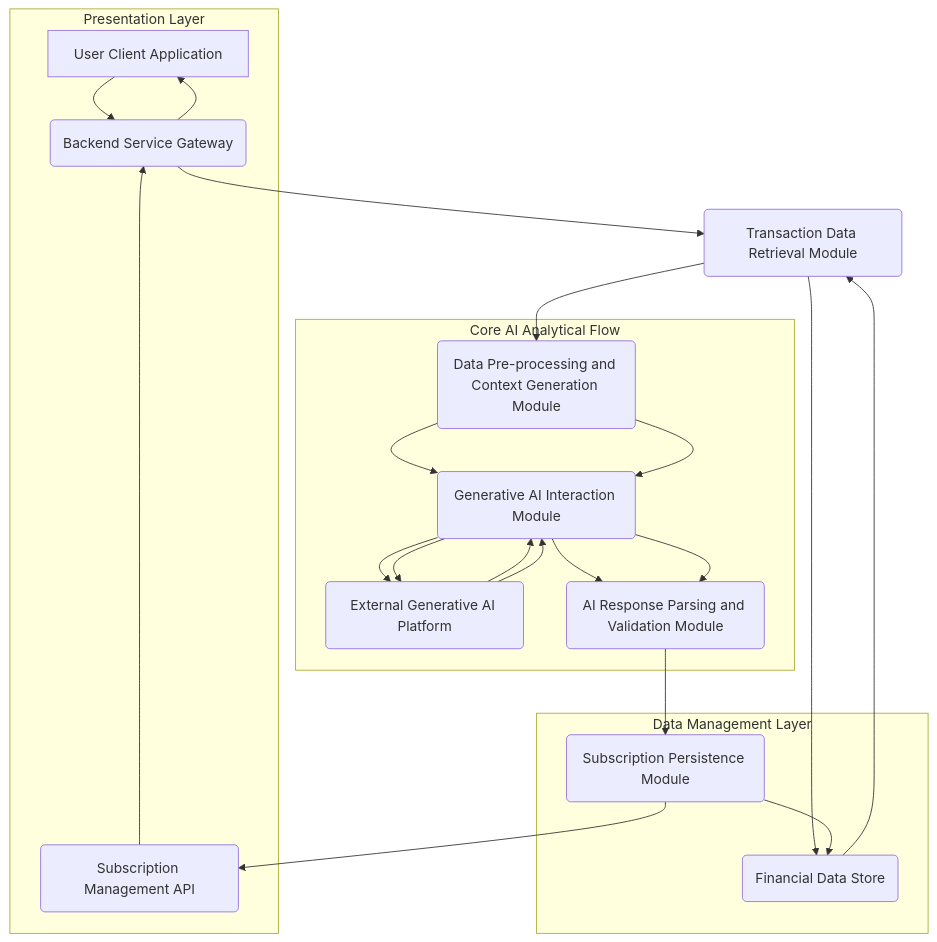
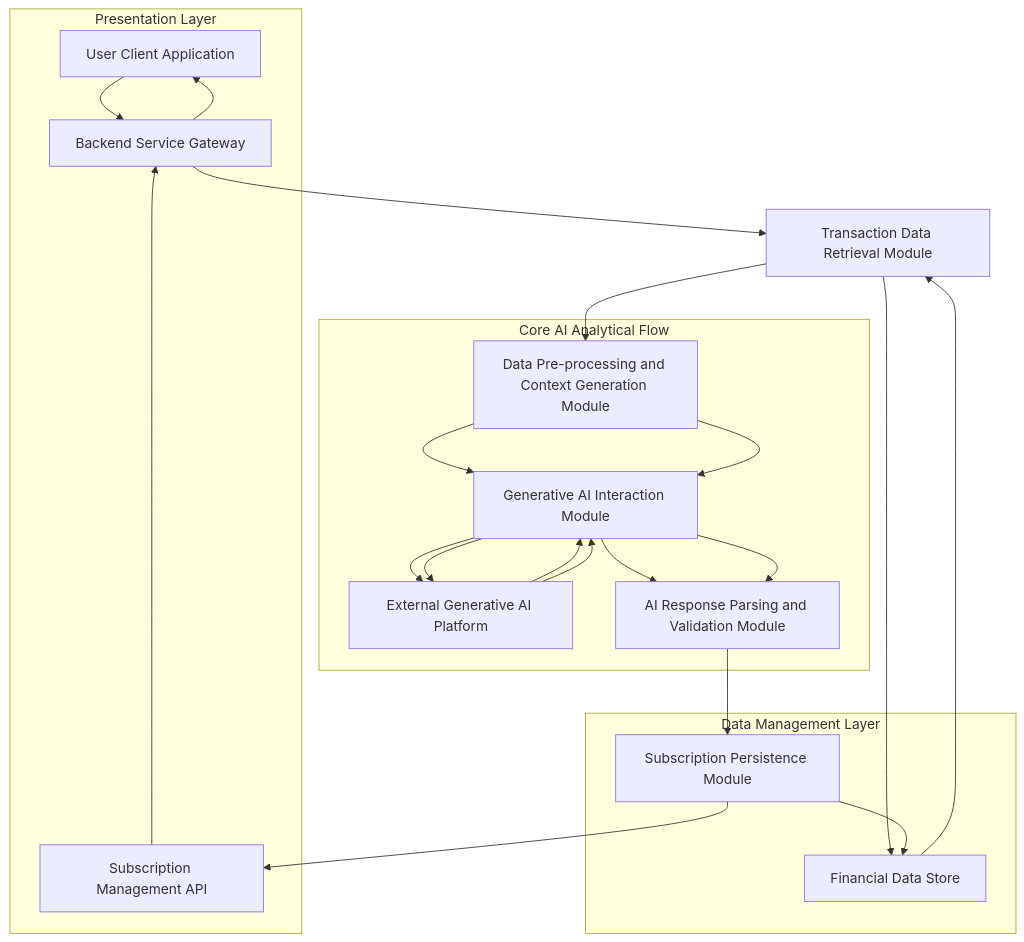
The first of 2 diagrams in inventions/006_ai_subscription_detection.md (diplomat-bit/Citibank_Demo_Business_Inc_Demonstration-), drawn with Mermaid before and after one commit. The commit also changed other lines of this file, not shown here.

Commit message:
[AI] Edit: inventions/006_ai_subscription_detection.md

````diff
--- a/inventions/006_ai_subscription_detection.md
+++ b/inventions/006_ai_subscription_detection.md
@@ -20,32 +20,32 @@
 ```mermaid
 graph TD
-    A[User Client Application] --> B(Backend Service Gateway)
-    B --> C(Transaction Data Retrieval Module)
-    C --> D(Financial Data Store)
+    A[User Client Application] --> B[Backend Service Gateway]
+    B --> C[Transaction Data Retrieval Module]
+    C --> D[Financial Data Store]
     D --> C
-    C --> E(Data Pre-processing and Context Generation Module)
-    E --> F(Generative AI Interaction Module)
-    F --> G(External Generative AI Platform)
+    C --> E[Data Pre-processing and Context Generation Module]
+    E --> F[Generative AI Interaction Module]
+    F --> G[External Generative AI Platform]
     G --> F
-    F --> H(AI Response Parsing and Validation Module)
-    H --> I(Subscription Persistence Module)
+    F --> H[AI Response Parsing and Validation Module]
+    H --> I[Subscription Persistence Module]
     I --> D
-    I --> J(Subscription Management API)
+    I --> J[Subscription Management API]
     J --> B
     B --> A
     subgraph Core AI Analytical Flow
         E --> F
         F --> G
         G --> F
-        F --> H
+F --> H
     end
     subgraph Data Management Layer
         D
         I
     end
     subgraph Presentation Layer
         A
         B
         J
     end
 ```
````
